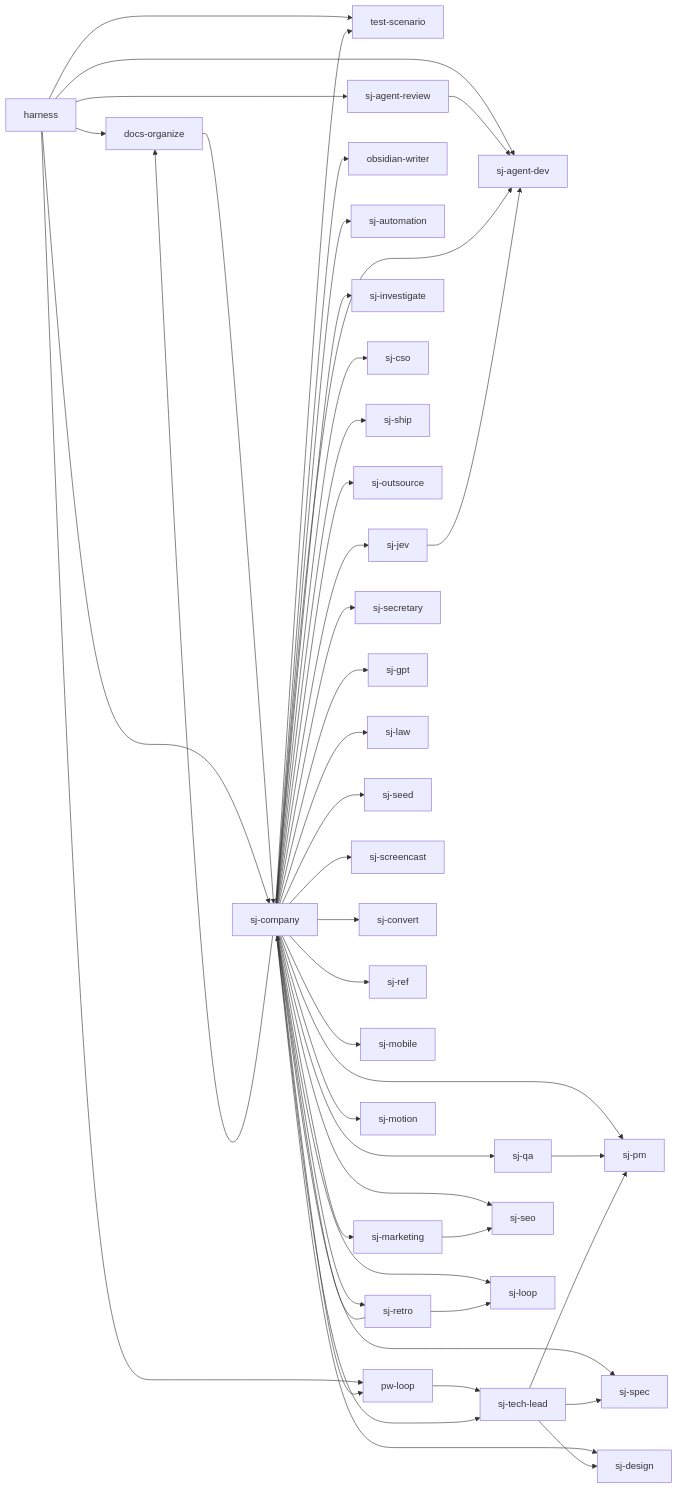
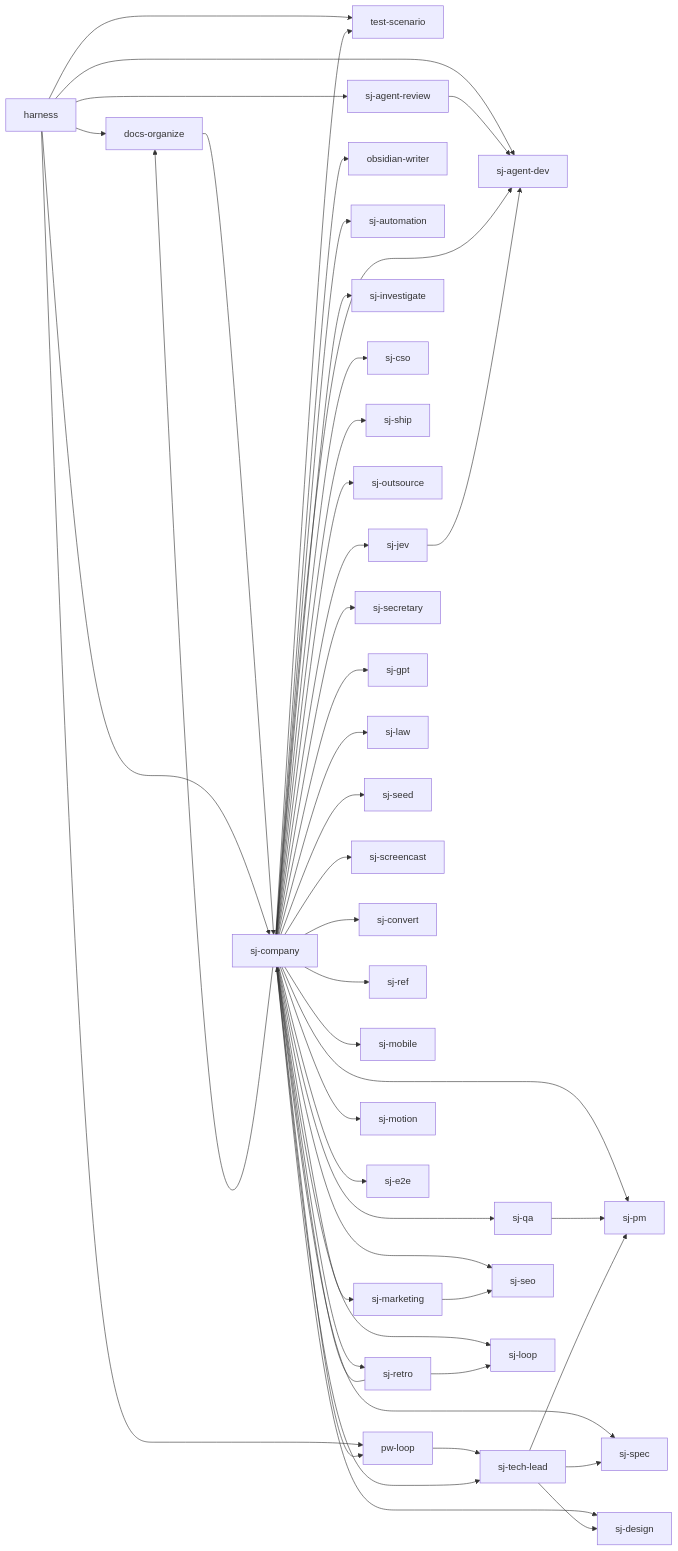
One commit to s0613/S-skills changed the diagram in docs/FEATURE-MAP.md. Above: the diagram before and after it, drawn with Mermaid. The commit also changed other lines of this file and 5 other files, not shown here.

````diff
--- a/docs/FEATURE-MAP.md
+++ b/docs/FEATURE-MAP.md
@@ -6,49 +6,50 @@
 ```mermaid
 flowchart LR
   F01[docs-organize] --> F08[sj-company]
   F02[harness] --> F01
   F02 --> F26[test-scenario]
   F02 --> F04[pw-loop]
   F02 --> F08
   F02 --> F06[sj-agent-review]
   F02 --> F05[sj-agent-dev]
   F04 --> F25[sj-tech-lead]
   F06 --> F05
   F08 --> F18[sj-pm]
   F08 --> F25
   F08 --> F19[sj-qa]
   F08 --> F03[obsidian-writer]
   F08 --> F07[sj-automation]
   F08 --> F22[sj-seo]
   F08 --> F16[sj-marketing]
   F08 --> F24[sj-spec]
   F08 --> F13[sj-investigate]
   F08 --> F05
   F08 --> F09[sj-cso]
   F08 --> F23[sj-ship]
   F08 --> F17[sj-outsource]
   F08 --> F20[sj-retro]
   F08 --> F10[sj-design]
   F08 --> F21[sj-secretary]
   F08 --> F26
   F08 --> F04
   F08 --> F01
   F08 --> F15[sj-loop]
   F08 --> F12[sj-gpt]
   F08 --> F14[sj-law]
   F08 --> F27[sj-seed]
   F08 --> F28[sj-screencast]
   F08 --> F29[sj-convert]
   F08 --> F30[sj-ref]
   F08 --> F32[sj-mobile]
   F08 --> F33[sj-jev]
   F33 --> F05
   F08 --> F34[sj-motion]
+  F08 --> F35[sj-e2e]
   F16 --> F22
   F19 --> F18
   F20 --> F08
   F20 --> F15
   F25 --> F18
   F25 --> F24
   F25 --> F10
 ```
````
